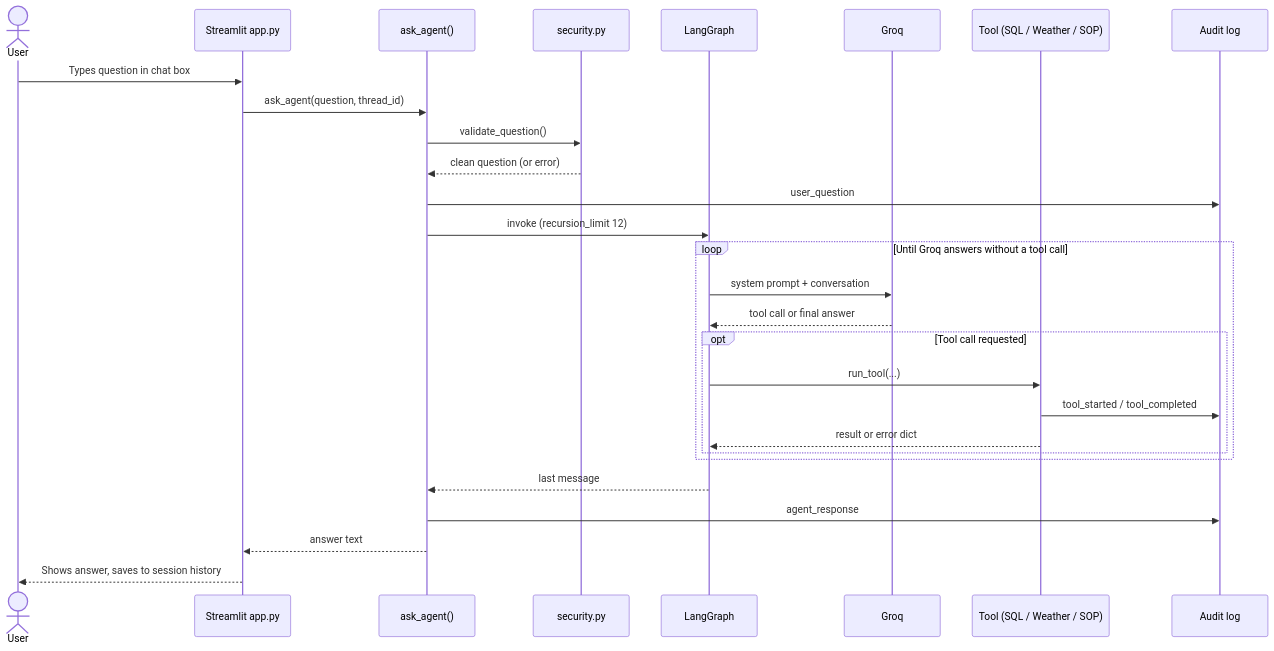
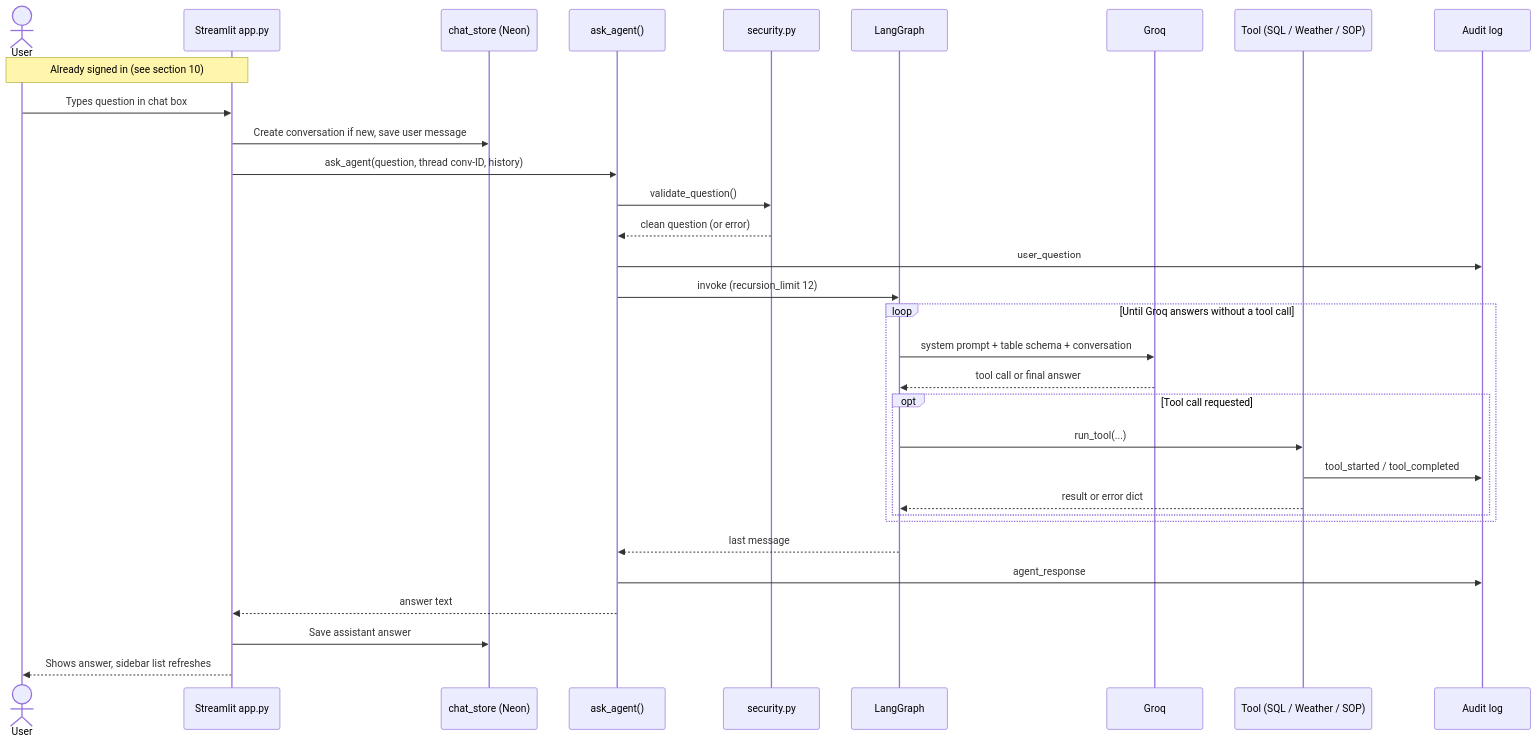
One commit to Nagendrakumarkv/FDE_COLD_CHAIN_AI changed the second of 10 diagrams in context/workflow.md. Above: the diagram before and after it, drawn with Mermaid. The commit also changed other lines of this file, not shown here.

````diff
--- a/context/workflow.md
+++ b/context/workflow.md
@@ -25,31 +29,35 @@
 ```mermaid
 sequenceDiagram
     actor User
     participant UI as Streamlit app.py
+    participant Store as chat_store (Neon)
     participant Agent as ask_agent()
     participant Sec as security.py
     participant G as LangGraph
     participant LLM as Groq
     participant Tool as Tool (SQL / Weather / SOP)
     participant Log as Audit log
 
+    Note over User,UI: Already signed in (see section 10)
     User->>UI: Types question in chat box
-    UI->>Agent: ask_agent(question, thread_id)
+    UI->>Store: Create conversation if new, save user message
+    UI->>Agent: ask_agent(question, thread conv-ID, history)
     Agent->>Sec: validate_question()
     Sec-->>Agent: clean question (or error)
     Agent->>Log: user_question
     Agent->>G: invoke (recursion_limit 12)
     loop Until Groq answers without a tool call
-        G->>LLM: system prompt + conversation
+        G->>LLM: system prompt + table schema + conversation
         LLM-->>G: tool call or final answer
         opt Tool call requested
             G->>Tool: run_tool(...)
             Tool->>Log: tool_started / tool_completed
             Tool-->>G: result or error dict
         end
     end
     G-->>Agent: last message
     Agent->>Log: agent_response
     Agent-->>UI: answer text
-    UI-->>User: Shows answer, saves to session history
+    UI->>Store: Save assistant answer
+    UI-->>User: Shows answer, sidebar list refreshes
 ```
````
